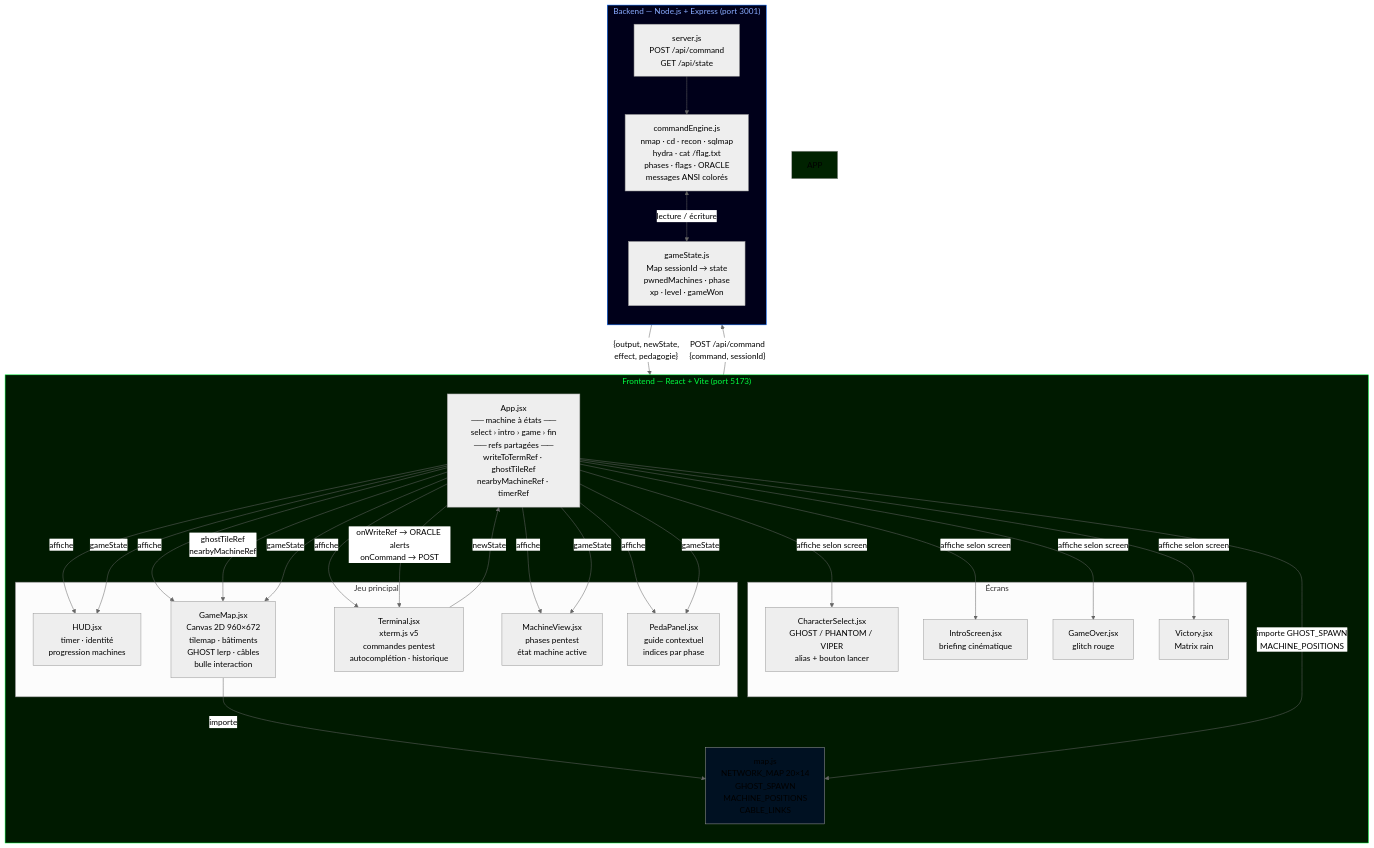
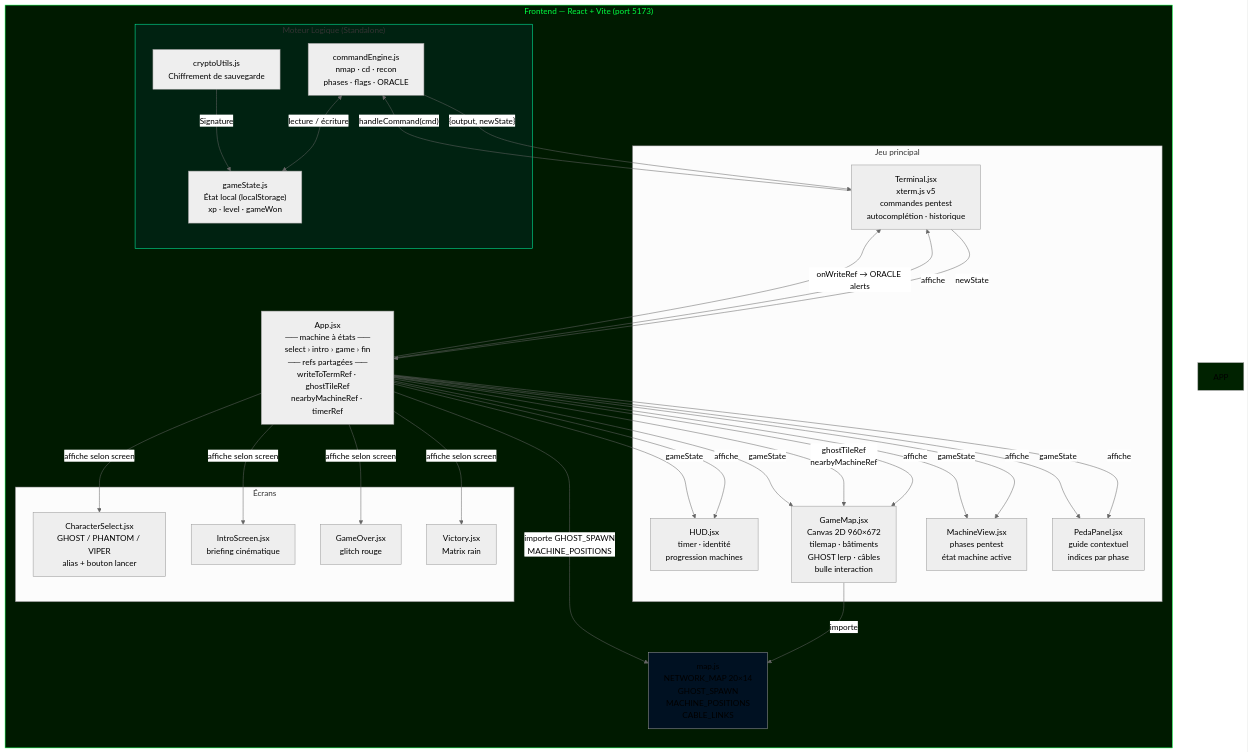
One commit to JamaiAli/CyberquestProject changed the second of 2 diagrams in README.md. Above: the diagram before and after it, drawn with Mermaid (neutral theme). The commit also changed other lines of this file, not shown here.

Commit message:
docs: remove backend references from diagrams and architecture tree for the standalone PoC

````diff
--- a/README.md
+++ b/README.md
@@ -228,51 +225,50 @@
 ```mermaid
 graph TB
  subgraph FE[" Frontend — React + Vite (port 5173)"]
  direction TB
 
  App["App.jsx\n── machine à états ──\nselect › intro › game › fin\n── refs partagées ──\nwriteToTermRef · ghostTileRef\nnearbyMachineRef · timerRef"]
 
  subgraph Screens["Écrans"]
  CS["CharacterSelect.jsx\nGHOST / PHANTOM / VIPER\nalias + bouton lancer"]
  IS["IntroScreen.jsx\nbriefing cinématique"]
  GO["GameOver.jsx\nglitch rouge"]
  VIC["Victory.jsx\nMatrix rain"]
  end
 
  subgraph Game["Jeu principal"]
  HUD["HUD.jsx\ntimer · identité\nprogression machines"]
  GM["GameMap.jsx\nCanvas 2D 960×672\ntilemap · bâtiments\nGHOST lerp · câbles\nbulle interaction"]
  TRM["Terminal.jsx\nxterm.js v5\ncommandes pentest\nautocomplétion · historique"]
  MV["MachineView.jsx\nphases pentest\nétat machine active"]
  PP["PedaPanel.jsx\nguide contextuel\nindices par phase"]
  end
 
- MAP["map.js\nNETWORK_MAP 20×14\nGHOST_SPAWN\nMACHINE_POSITIONS\nCABLE_LINKS"]
+ subgraph Engine["Moteur Logique (Standalone)"]
+ CE["commandEngine.js\nnmap · cd · recon\nphases · flags · ORACLE"]
+ GS["gameState.js\nÉtat local (localStorage)\nxp · level · gameWon"]
+ CU["cryptoUtils.js\nChiffrement de sauvegarde"]
  end
 
- subgraph BE[" Backend — Node.js + Express (port 3001)"]
- direction TB
- SRV["server.js\nPOST /api/command\nGET /api/state"]
- CE["commandEngine.js\nnmap · cd · recon · sqlmap\nhydra · cat /flag.txt\nphases · flags · ORACLE\nmessages ANSI colorés"]
- GS["gameState.js\nMap sessionId → state\npwnedMachines · phase\nxp · level · gameWon"]
+ MAP["map.js\nNETWORK_MAP 20×14\nGHOST_SPAWN\nMACHINE_POSITIONS\nCABLE_LINKS"]
  end
 
  App -->|"affiche selon screen"| CS & IS & GO & VIC
  App -->|"affiche"| HUD & GM & TRM & MV & PP
  GM -->|"importe"| MAP
  App -->|"importe GHOST_SPAWN\nMACHINE_POSITIONS"| MAP
 
  App -->|"ghostTileRef\nnearbyMachineRef"| GM
- App -->|"onWriteRef → ORACLE alerts\nonCommand → POST"| TRM
- TRM -->|"POST /api/command\n{command, sessionId}"| SRV
- SRV --> CE
+ App -->|"onWriteRef → ORACLE alerts"| TRM
+ TRM -->|"handleCommand(cmd)"| CE
  CE <-->|"lecture / écriture"| GS
- SRV -->|"{output, newState,\neffect, pedagogie}"| TRM
+ CE -->|"{output, newState}"| TRM
  TRM -->|"newState"| App
  App -->|"gameState"| GM & HUD & MV & PP
+ CU -->|"Signature"| GS
 
  style FE fill:#001a00,stroke:#00ff41,color:#00ff41
- style BE fill:#00001a,stroke:#0066ff,color:#88aaff
  style APP fill:#002200
  style MAP fill:#001122
+ style Engine fill:#002211,stroke:#00ffaa
 ```
````
